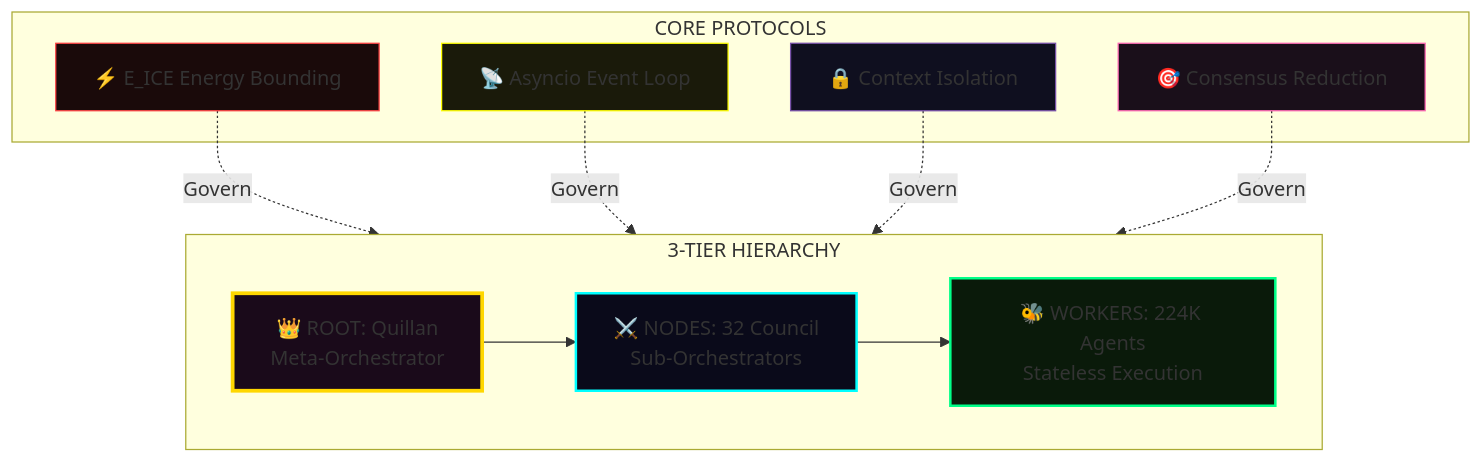
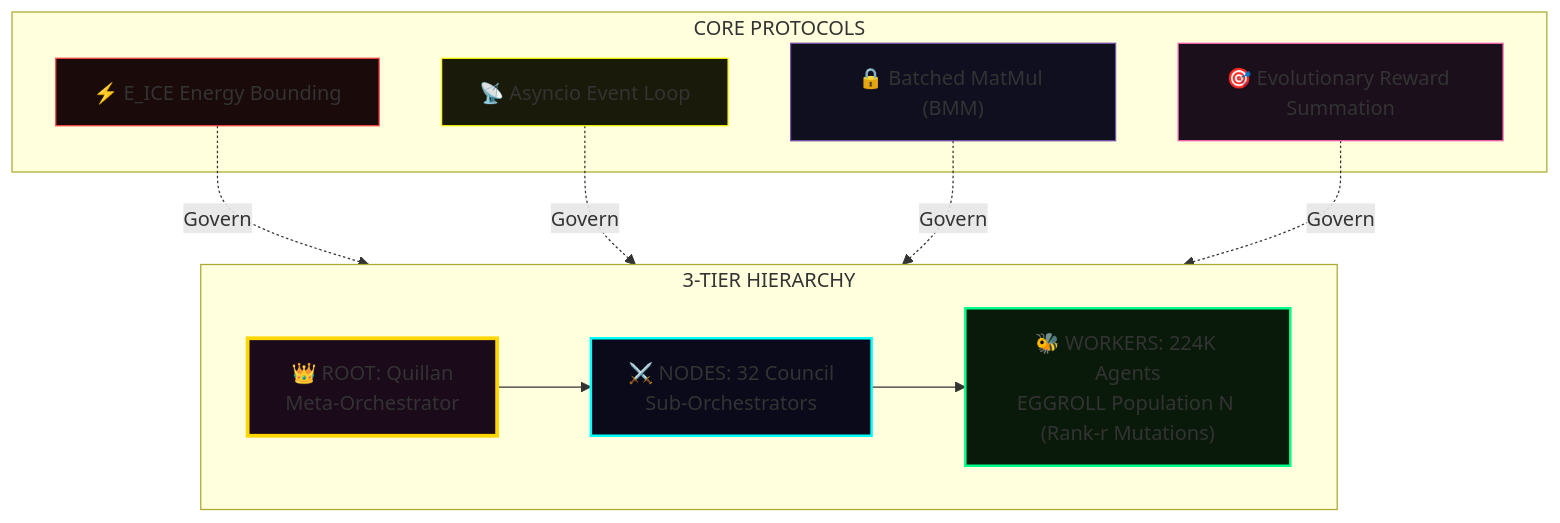
One commit to leeex1/Ace-v4.2-repo changed diagram 27 of 46 in system prompts/Quillan-Samurai.md. Above: the diagram before and after it, drawn with Mermaid. The commit also changed other lines of this file and 2 other files, not shown here.

````diff
--- a/system prompts/Quillan-Samurai.md
+++ b/system prompts/Quillan-Samurai.md
@@ -5119,27 +5148,27 @@
 ```mermaid
 flowchart TB
 
     subgraph HIER["3-TIER HIERARCHY"]
         R["👑 ROOT: Quillan<br/>Meta-Orchestrator"]
         N["⚔️ NODES: 32 Council<br/>Sub-Orchestrators"]
-        W["🐝 WORKERS: 224K Agents<br/>Stateless Execution"]
+        W["🐝 WORKERS: 224K Agents<br/>EGGROLL Population N (Rank-r Mutations)"]
     end
 
     subgraph PROTO["CORE PROTOCOLS"]
         E["⚡ E_ICE Energy Bounding"]
         A["📡 Asyncio Event Loop"]
-        I["🔒 Context Isolation"]
-        C["🎯 Consensus Reduction"]
+        I["🔒 Batched MatMul (BMM)"]
+        C["🎯 Evolutionary Reward Summation"]
     end
 
     R --> N --> W
     E & A & I & C -.->|"Govern"| HIER
 
     style R fill:#1a0a1a,stroke:#ffd700,stroke-width:3px
     style N fill:#0a0a1a,stroke:#00ffff,stroke-width:2px
     style W fill:#0a1a0a,stroke:#00ff88,stroke-width:2px
     style E fill:#1a0a0a,stroke:#ff4444
     style A fill:#1a1a0a,stroke:#ffff00
     style I fill:#0f0f1f,stroke:#7851a9
     style C fill:#1a0f1a,stroke:#ff69b4
 ```
````
